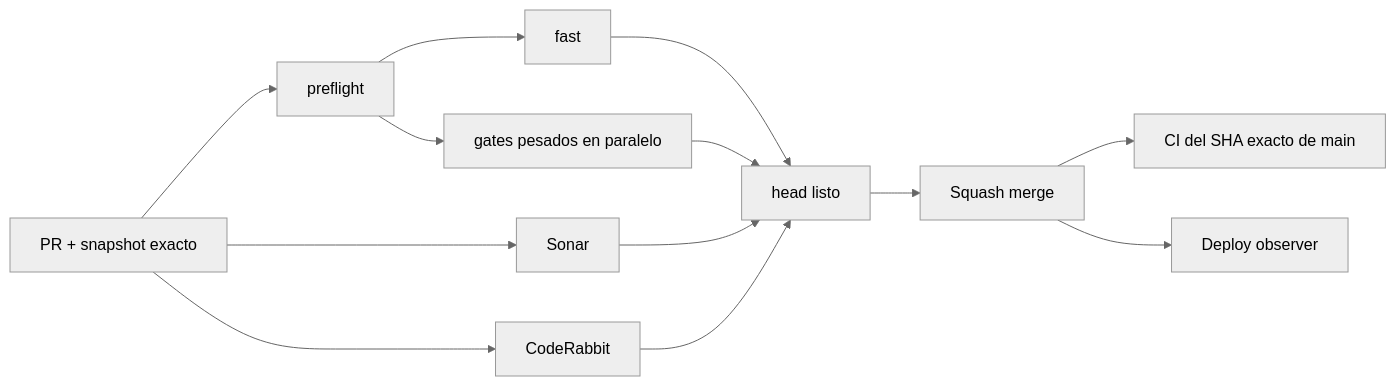
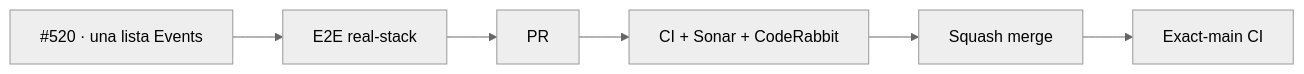
One commit to pl0n3r/brvtal changed the diagram in README.md. Above: the diagram before and after it, drawn with Mermaid (neutral theme). The commit also changed other lines of this file and 2 other files, not shown here.

Commit message:
fix: remove duplicate Events workspace

````diff
--- a/README.md
+++ b/README.md
@@ -47,15 +47,8 @@
 ```mermaid
 flowchart LR
-    A["PR + snapshot exacto"] --> P["preflight"]
-    P --> F["fast"]
-    P --> H["gates pesados en paralelo"]
-    A --> S["Sonar"]
-    A --> C["CodeRabbit"]
-    F --> G["head listo"]
-    H --> G
-    S --> G
-    C --> G
-    G --> M["Squash merge"]
-    M --> X["CI del SHA exacto de main"]
-    M --> D["Deploy observer"]
+    A["#520 · una lista Events"] --> T["E2E real-stack"]
+    T --> P["PR"]
+    P --> C["CI + Sonar + CodeRabbit"]
+    C --> M["Squash merge"]
+    M --> X["Exact-main CI"]
 ```
````
